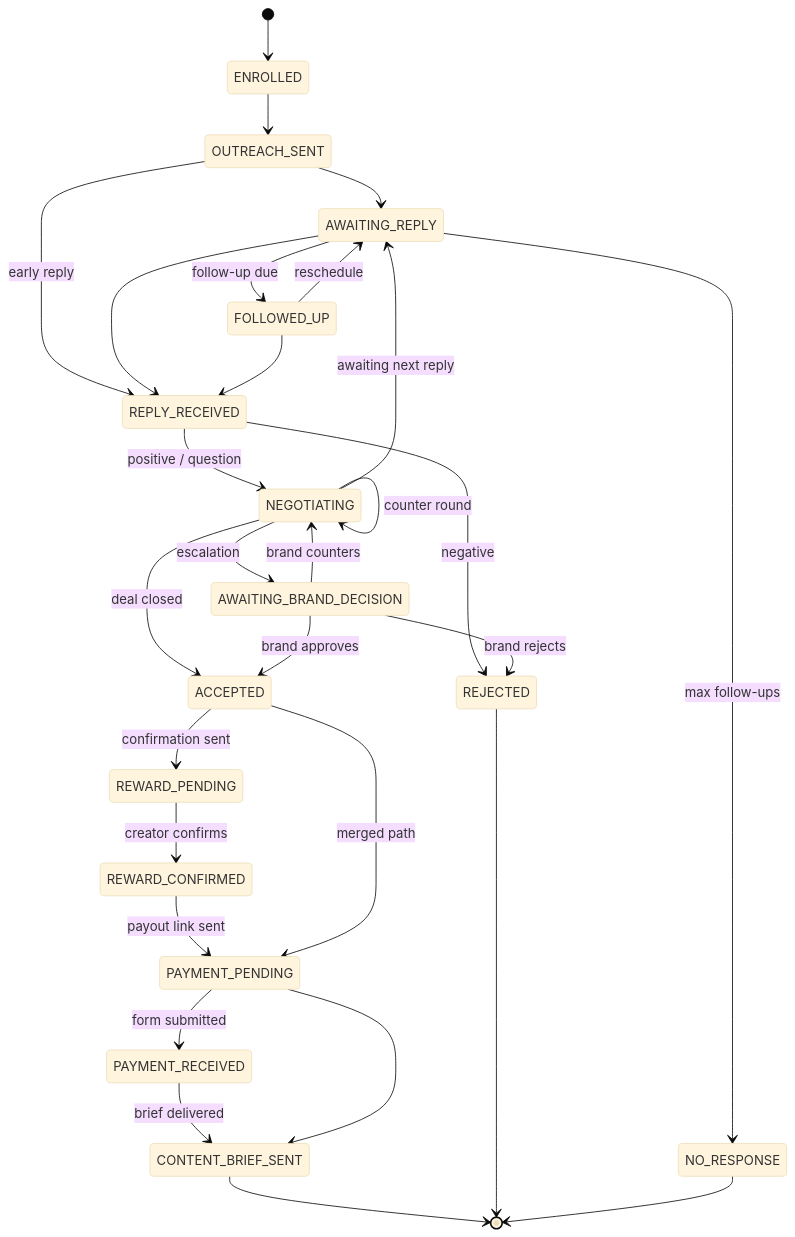
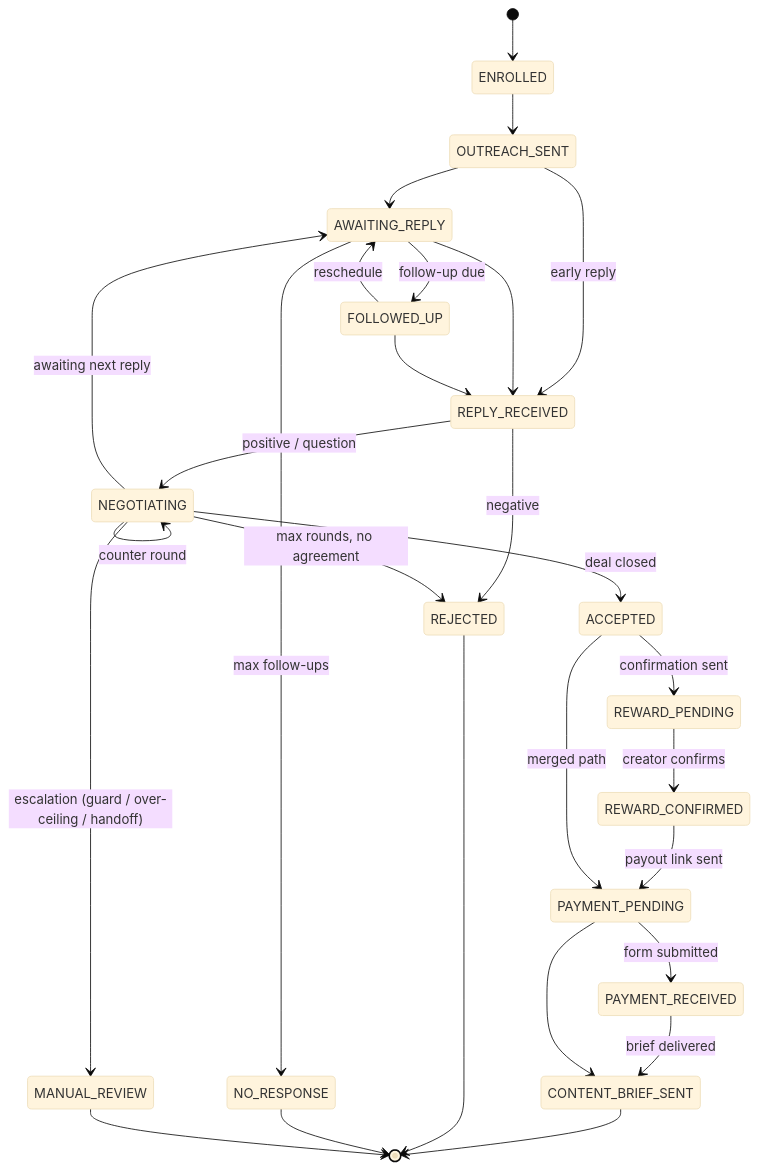
Before and after one commit to ayushgade06/pluvus-workflow-prototype: the fifth of 6 diagrams in README.md, drawn with Mermaid (base theme). The commit also changed other lines of this file and 25 other files, not shown here.

````diff
--- a/README.md
+++ b/README.md
@@ -469,31 +467,30 @@
 ```mermaid
 stateDiagram-v2
     [*] --> ENROLLED
     ENROLLED --> OUTREACH_SENT
     OUTREACH_SENT --> AWAITING_REPLY
     AWAITING_REPLY --> FOLLOWED_UP: follow-up due
     FOLLOWED_UP --> AWAITING_REPLY: reschedule
     AWAITING_REPLY --> NO_RESPONSE: max follow-ups
     OUTREACH_SENT --> REPLY_RECEIVED: early reply
     AWAITING_REPLY --> REPLY_RECEIVED
     FOLLOWED_UP --> REPLY_RECEIVED
     REPLY_RECEIVED --> NEGOTIATING: positive / question
     REPLY_RECEIVED --> REJECTED: negative
     NEGOTIATING --> NEGOTIATING: counter round
     NEGOTIATING --> AWAITING_REPLY: awaiting next reply
     NEGOTIATING --> ACCEPTED: deal closed
-    NEGOTIATING --> AWAITING_BRAND_DECISION: escalation
-    AWAITING_BRAND_DECISION --> NEGOTIATING: brand counters
-    AWAITING_BRAND_DECISION --> ACCEPTED: brand approves
-    AWAITING_BRAND_DECISION --> REJECTED: brand rejects
+    NEGOTIATING --> MANUAL_REVIEW: escalation (guard / over-ceiling / handoff)
+    NEGOTIATING --> REJECTED: max rounds, no agreement
     ACCEPTED --> REWARD_PENDING: confirmation sent
     REWARD_PENDING --> REWARD_CONFIRMED: creator confirms
     REWARD_CONFIRMED --> PAYMENT_PENDING: payout link sent
     ACCEPTED --> PAYMENT_PENDING: merged path
     PAYMENT_PENDING --> PAYMENT_RECEIVED: form submitted
     PAYMENT_RECEIVED --> CONTENT_BRIEF_SENT: brief delivered
     PAYMENT_PENDING --> CONTENT_BRIEF_SENT
     CONTENT_BRIEF_SENT --> [*]
     REJECTED --> [*]
     NO_RESPONSE --> [*]
+    MANUAL_REVIEW --> [*]
 ```
````
